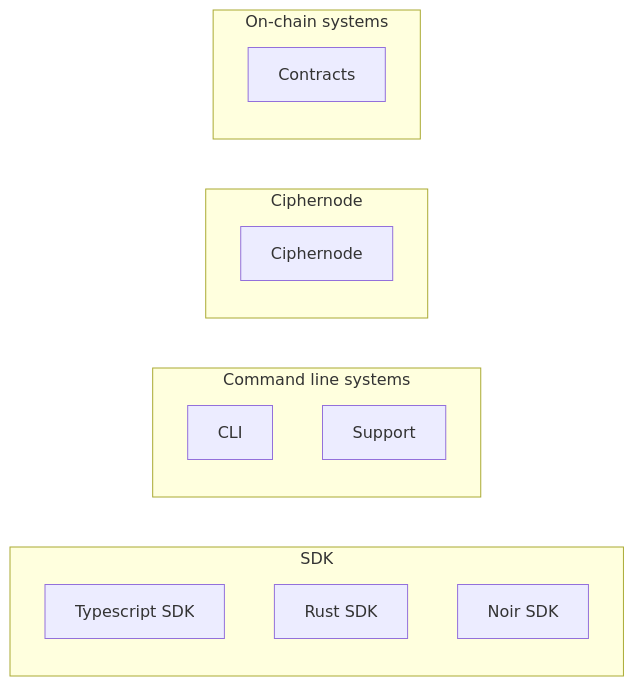
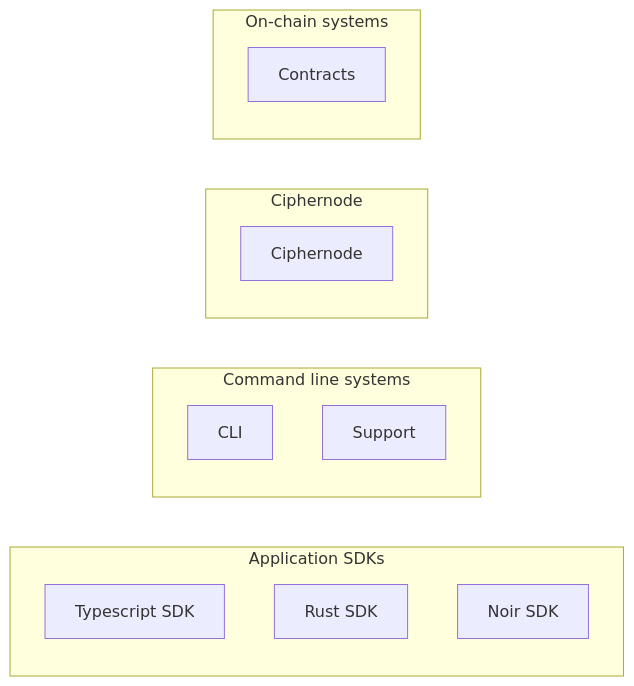
The diagram in DOCS_ROOT.md (gnosisguild/enclave), drawn with Mermaid before and after one commit.

Commit message:
feat: update heading

````diff
--- a/DOCS_ROOT.md
+++ b/DOCS_ROOT.md
@@ -7,36 +7,36 @@
 ```mermaid
 flowchart LR
-	subgraph SDK
+	subgraph SDK["Application SDKs"]
 	    T["Typescript SDK"]
 	    R["Rust SDK"]
 	    N["Noir SDK"]
 	end
 	subgraph cli2["Command line systems"]
 		CLI["CLI"]
 	    S["Support"]
 	end
 
 	subgraph cn["Ciphernode"]
 	    C["Ciphernode"]
     end
 
 	subgraph evm["On-chain systems"]
         EVM["Contracts"]
     end
 
     C:::internal-link
     S:::internal-link
     EVM:::internal-link
     T:::internal-link
     R:::internal-link
     N:::internal-link
     CLI:::internal-link
 
     click C "https://github.com/gnosisguild/enclave/tree/main/crates/Ciphernode.md"
     click S "https://github.com/gnosisguild/enclave/tree/main/crates/support-scripts/Support.md"
     click EVM "https://github.com/gnosisguild/enclave/tree/main/packages/evm/docs/Contracts.md"
     click T "https://github.com/gnosisguild/enclave/tree/main/packages/enclave-sdk/Typescript SDK.md"
     click R "https://github.com/gnosisguild/enclave/tree/main/crates/sdk/Rust SDK.md"
     click N "https://github.com/gnosisguild/enclave/tree/main/architecture/Noir SDK.md"
     click CLI "https://github.com/gnosisguild/enclave/tree/main/crates/cli/CLI.md"
 ```
````
